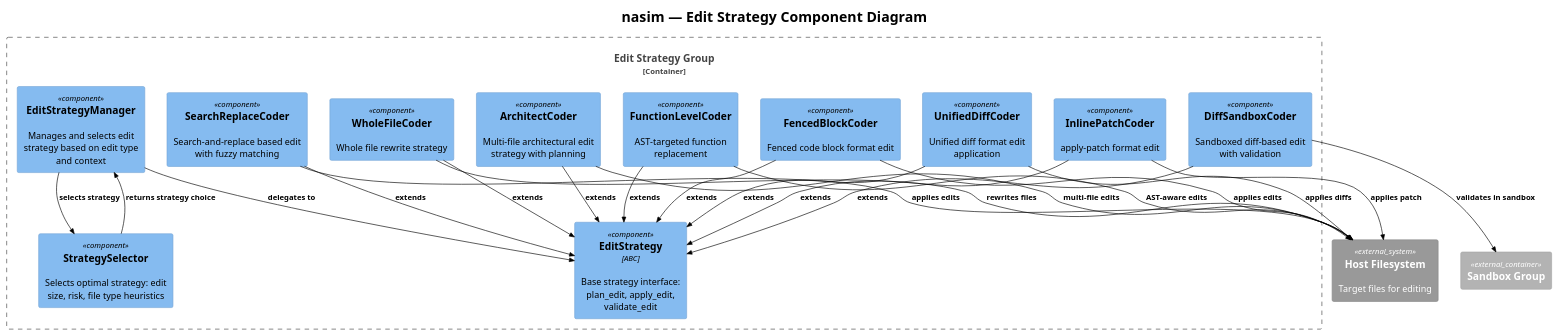
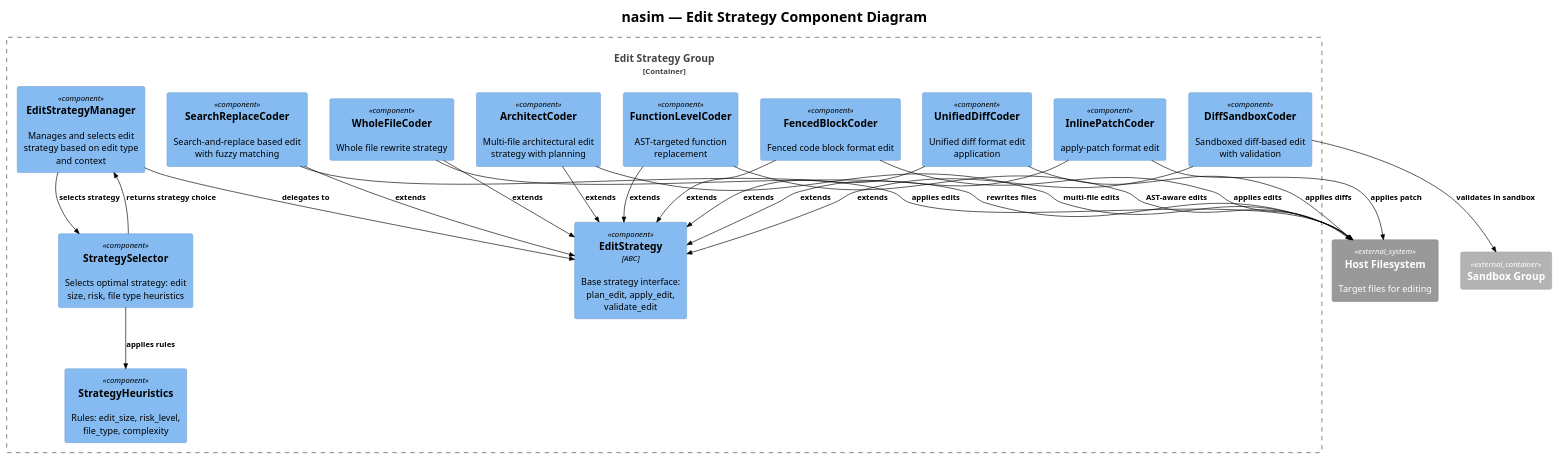
Before and after one commit to salimnamvar/nasim: the diagram in docs/C4/c4_nasim_component_edit_strategy.puml, drawn with PlantUML. The commit also changed 8 other files, not shown here.

Commit message:
docs: Update C4 diagrams and README to reflect recent architectural changes and enhancements

```diff
--- a/docs/C4/c4_nasim_component_edit_strategy.puml
+++ b/docs/C4/c4_nasim_component_edit_strategy.puml
@@ -1,55 +1,57 @@
 @startuml c4_nasim_component_edit_strategy
 !include https://raw.githubusercontent.com/plantuml-stdlib/C4-PlantUML/v2.10.0/C4_Component.puml
 !theme plain
 
 
 ' ============================================================
 ' Title:     nasim — Edit Strategy Component Diagram
 ' Boundary:  nasim core library — Edit Strategy group
 ' Purpose:   Pluggable edit strategies: search-replace, whole-file, diff, sandbox, architect
 ' Milestone: v1.0
 ' Version:   6.0.0
 ' Source:    docs/audit/audit.2026.06.20.deep.domain.audit.md
 ' Review:    —
 ' ============================================================
 
 title nasim — Edit Strategy Component Diagram
 
 Container_Boundary(edit_strategy_boundary, "Edit Strategy Group") {
     Component(edit_strategy_mgr, "EditStrategyManager", "", "Manages and selects edit strategy based on edit type and context")
     Component(edit_strategy, "EditStrategy", "ABC", "Base strategy interface: plan_edit, apply_edit, validate_edit")
     Component(search_replace_coder, "SearchReplaceCoder", "", "Search-and-replace based edit with fuzzy matching")
     Component(whole_file_coder, "WholeFileCoder", "", "Whole file rewrite strategy")
     Component(unified_diff_coder, "UnifiedDiffCoder", "", "Unified diff format edit application")
     Component(diff_sandbox_coder, "DiffSandboxCoder", "", "Sandboxed diff-based edit with validation")
     Component(architect_coder, "ArchitectCoder", "", "Multi-file architectural edit strategy with planning")
     Component(fenced_block_coder, "FencedBlockCoder", "", "Fenced code block format edit")
     Component(function_level_coder, "FunctionLevelCoder", "", "AST-targeted function replacement")
     Component(inline_patch_coder, "InlinePatchCoder", "", "apply-patch format edit")
     Component(strategy_selector, "StrategySelector", "", "Selects optimal strategy: edit size, risk, file type heuristics")
+    Component(strategy_heuristics, "StrategyHeuristics", "", "Rules: edit_size, risk_level, file_type, complexity")
 }
 
 Container_Ext(sandbox_group, "Sandbox Group")
 System_Ext(host_fs, "Host Filesystem", "Target files for editing")
 
 Rel(edit_strategy_mgr, strategy_selector, "selects strategy")
 Rel(edit_strategy_mgr, edit_strategy, "delegates to")
 Rel(search_replace_coder, edit_strategy, "extends")
 Rel(whole_file_coder, edit_strategy, "extends")
 Rel(unified_diff_coder, edit_strategy, "extends")
 Rel(diff_sandbox_coder, edit_strategy, "extends")
 Rel(architect_coder, edit_strategy, "extends")
 Rel(fenced_block_coder, edit_strategy, "extends")
 Rel(function_level_coder, edit_strategy, "extends")
 Rel(inline_patch_coder, edit_strategy, "extends")
 Rel(strategy_selector, edit_strategy_mgr, "returns strategy choice")
+Rel(strategy_selector, strategy_heuristics, "applies rules")
 Rel(search_replace_coder, host_fs, "applies edits")
 Rel(whole_file_coder, host_fs, "rewrites files")
 Rel(unified_diff_coder, host_fs, "applies diffs")
 Rel(diff_sandbox_coder, sandbox_group, "validates in sandbox")
 Rel(architect_coder, host_fs, "multi-file edits")
 Rel(fenced_block_coder, host_fs, "applies edits")
 Rel(function_level_coder, host_fs, "AST-aware edits")
 Rel(inline_patch_coder, host_fs, "applies patch")
 
 @enduml
```
